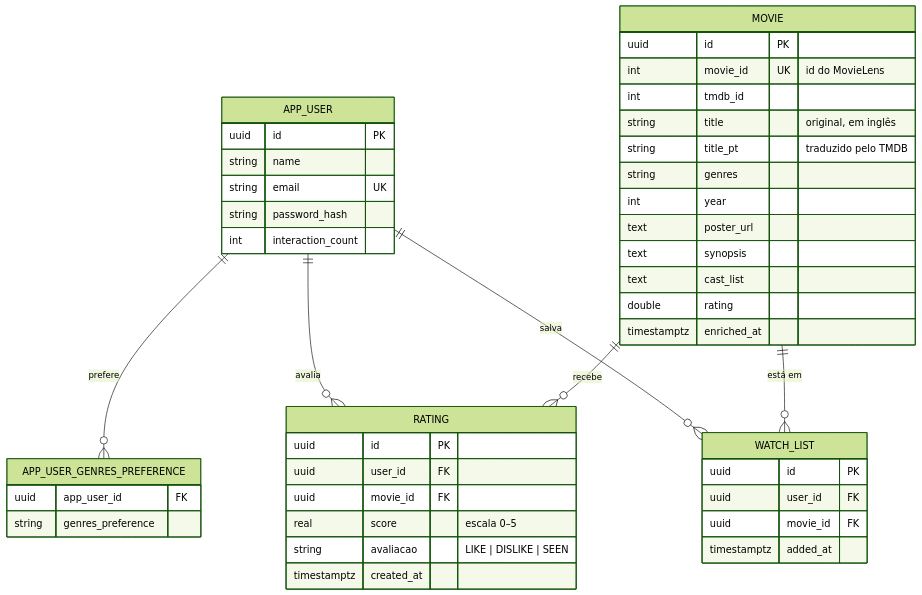
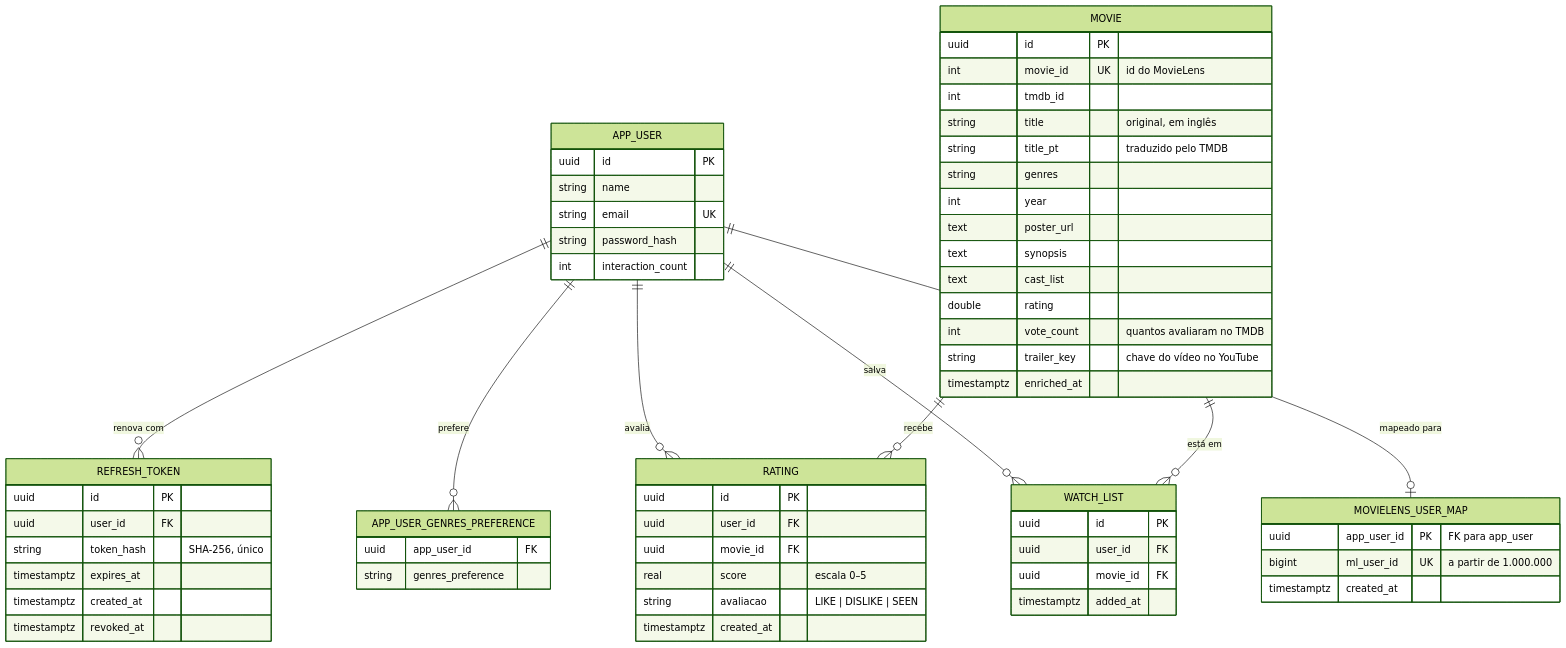
The third of 3 diagrams in docs/project_overview.md (fpp-7/nextScene), drawn with Mermaid (forest theme) before and after one commit. The commit also changed other lines of this file and 64 other files, not shown here.

````diff
--- a/docs/project_overview.md
+++ b/docs/project_overview.md
@@ -158,48 +193,65 @@
 ```mermaid
 erDiagram
     APP_USER {
         uuid id PK
         string name
         string email UK
         string password_hash
         int interaction_count
     }
     APP_USER_GENRES_PREFERENCE {
         uuid app_user_id FK
         string genres_preference
     }
     MOVIE {
         uuid id PK
         int movie_id UK "id do MovieLens"
         int tmdb_id
         string title "original, em inglês"
         string title_pt "traduzido pelo TMDB"
         string genres
         int year
         text poster_url
         text synopsis
         text cast_list
         double rating
+        int vote_count "quantos avaliaram no TMDB"
+        string trailer_key "chave do vídeo no YouTube"
         timestamptz enriched_at
+    }
+    REFRESH_TOKEN {
+        uuid id PK
+        uuid user_id FK
+        string token_hash "SHA-256, único"
+        timestamptz expires_at
+        timestamptz created_at
+        timestamptz revoked_at
     }
     RATING {
         uuid id PK
         uuid user_id FK
         uuid movie_id FK
         real score "escala 0–5"
         string avaliacao "LIKE | DISLIKE | SEEN"
         timestamptz created_at
     }
     WATCH_LIST {
         uuid id PK
         uuid user_id FK
         uuid movie_id FK
         timestamptz added_at
     }
+    MOVIELENS_USER_MAP {
+        uuid app_user_id PK "FK para app_user"
+        bigint ml_user_id UK "a partir de 1.000.000"
+        timestamptz created_at
+    }
 
+    APP_USER ||--o{ REFRESH_TOKEN : "renova com"
     APP_USER ||--o{ APP_USER_GENRES_PREFERENCE : "prefere"
     APP_USER ||--o{ RATING : "avalia"
     APP_USER ||--o{ WATCH_LIST : "salva"
+    APP_USER ||--o| MOVIELENS_USER_MAP : "mapeado para"
     MOVIE ||--o{ RATING : "recebe"
     MOVIE ||--o{ WATCH_LIST : "está em"
 ```
````
